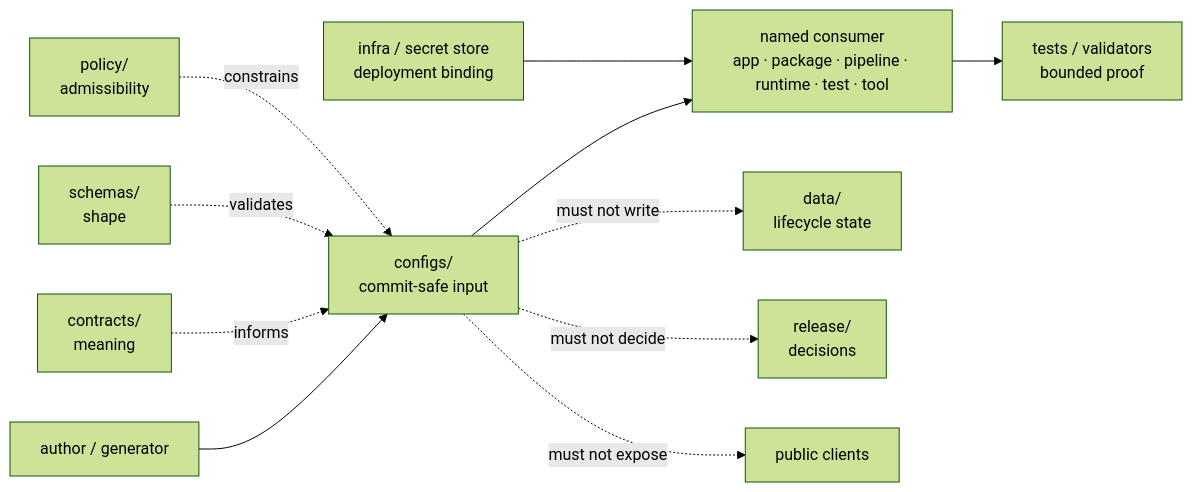
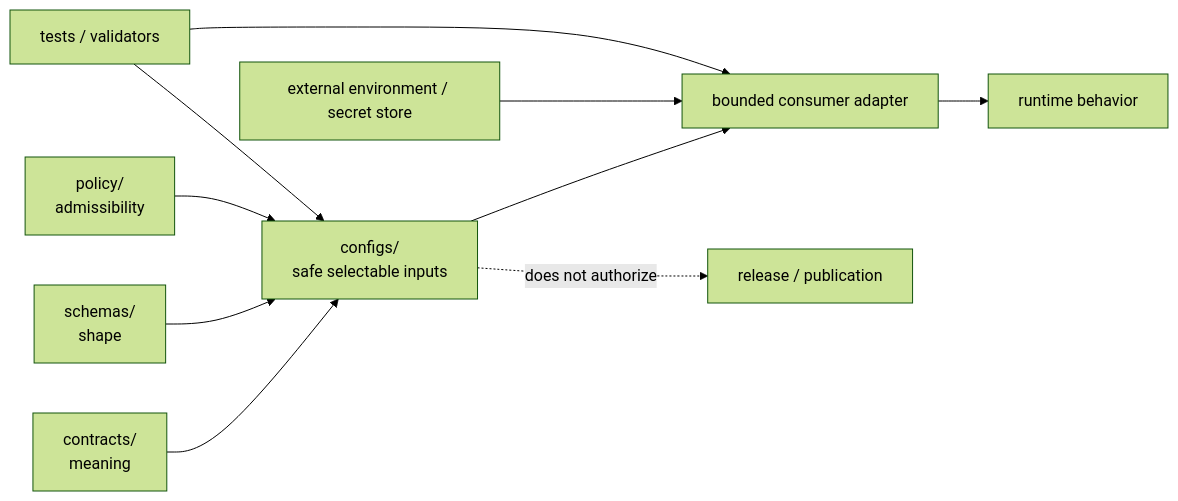
Before and after one commit to bartytime4life/Kansas-Frontier-Matrix: the diagram in configs/README.md, drawn with Mermaid (forest theme). The commit also changed other lines of this file, not shown here.

Commit message:
docs(configs): reconcile canonical root evidence

````diff
--- a/configs/README.md
+++ b/configs/README.md
@@ -370,13 +402,13 @@
 ```mermaid
 flowchart LR
-    AUTHOR["author / generator"] --> CFG["configs/\ncommit-safe input"]
-    CONTRACT["contracts/\nmeaning"] -. "informs" .-> CFG
-    SCHEMA["schemas/\nshape"] -. "validates" .-> CFG
-    POLICY["policy/\nadmissibility"] -. "constrains" .-> CFG
-    CFG --> CONSUMER["named consumer\napp · package · pipeline · runtime · test · tool"]
-    CONSUMER --> TESTS["tests / validators\nbounded proof"]
-    INFRA["infra / secret store\ndeployment binding"] --> CONSUMER
-    CFG -. "must not write" .-> DATA["data/\nlifecycle state"]
-    CFG -. "must not decide" .-> RELEASE["release/\ndecisions"]
-    CFG -. "must not expose" .-> PUBLIC["public clients"]
+    C["contracts/<br/>meaning"] --> CFG["configs/<br/>safe selectable inputs"]
+    S["schemas/<br/>shape"] --> CFG
+    P["policy/<br/>admissibility"] --> CFG
+    CFG --> A["bounded consumer adapter"]
+    E["external environment / secret store"] --> A
+    A --> R["runtime behavior"]
+    T["tests / validators"] --> CFG
+    T --> A
+
+    CFG -. does not authorize .-> REL["release / publication"]
 ```
````
